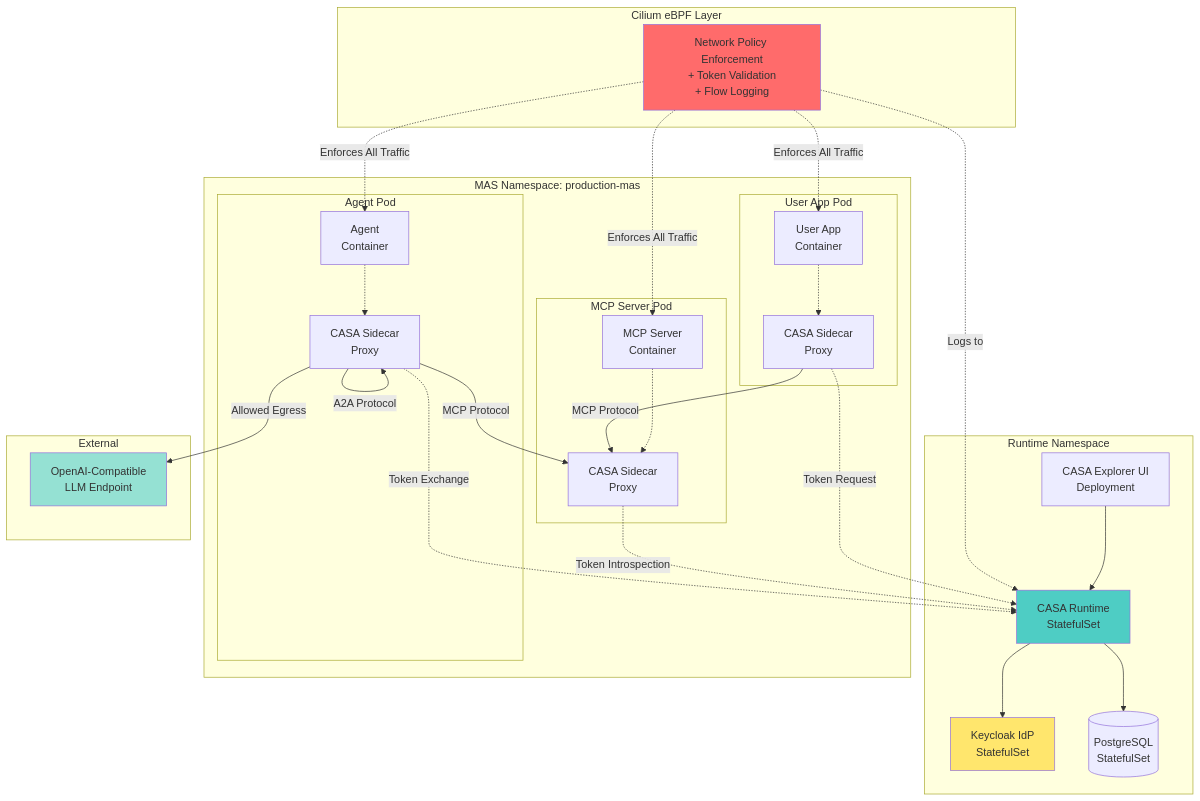
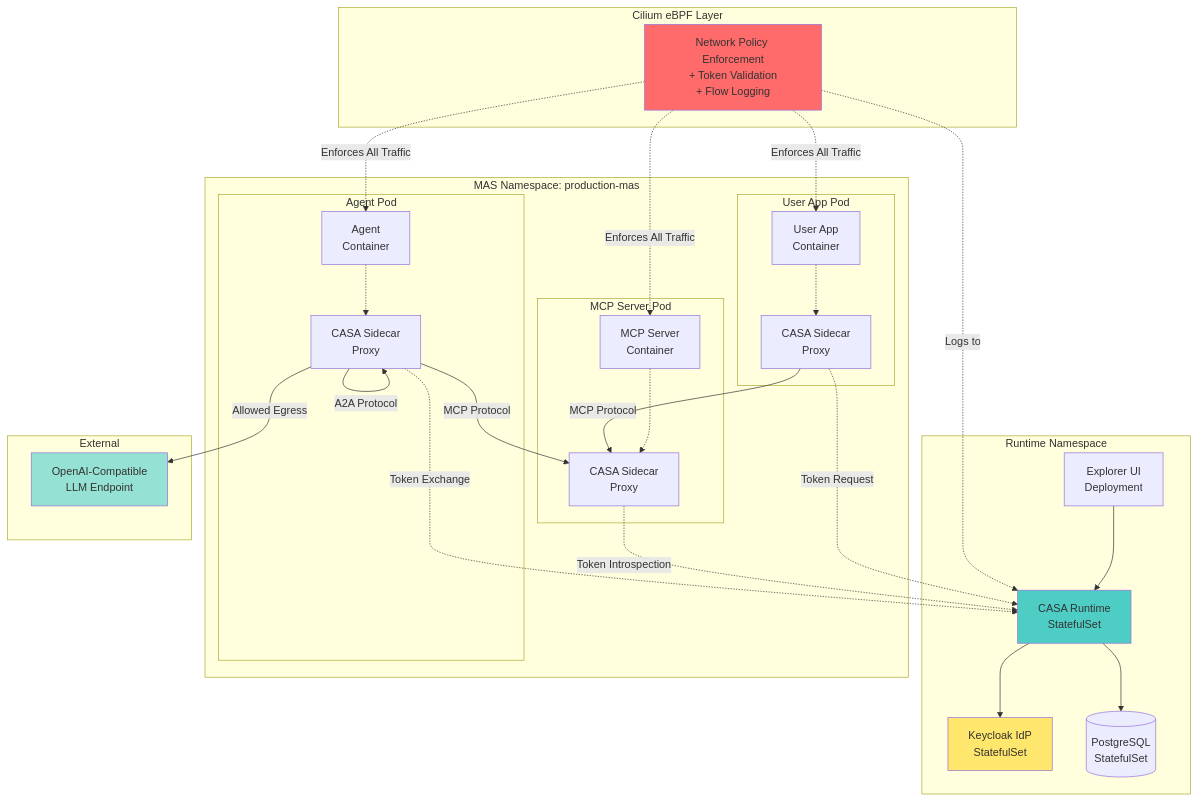
Before and after one commit to outshift-open/CASA: the first of 16 diagrams in docs/dev/specs/SPECS.md, drawn with Mermaid. The commit also changed 20 other files, not shown here.

````diff
--- a/docs/dev/specs/SPECS.md
+++ b/docs/dev/specs/SPECS.md
@@ -85,61 +85,61 @@
 ```mermaid
 graph TB
     subgraph "Runtime Namespace"
         CASA[CASA Runtime<br/>StatefulSet]
         KC[Keycloak IdP<br/>StatefulSet]
         PG[(PostgreSQL<br/>StatefulSet)]
-        UI[CASA Explorer UI<br/>Deployment]
+        UI[Explorer UI<br/>Deployment]
 
         CASA --> KC
         CASA --> PG
         UI --> CASA
     end
 
     subgraph "MAS Namespace: production-mas"
         subgraph "User App Pod"
             UA[User App<br/>Container]
             UAS[CASA Sidecar<br/>Proxy]
             UA -.-> UAS
         end
 
         subgraph "Agent Pod"
             AG[Agent<br/>Container]
             AGS[CASA Sidecar<br/>Proxy]
             AG -.-> AGS
         end
 
         subgraph "MCP Server Pod"
             MCP[MCP Server<br/>Container]
             MCPS[CASA Sidecar<br/>Proxy]
             MCP -.-> MCPS
         end
 
         UAS -->|MCP Protocol| MCPS
         AGS -->|A2A Protocol| AGS
         AGS -->|MCP Protocol| MCPS
     end
 
     subgraph "External"
         LLM[OpenAI-Compatible<br/>LLM Endpoint]
     end
 
     subgraph "Cilium eBPF Layer"
         EBPF[Network Policy Enforcement<br/>+ Token Validation<br/>+ Flow Logging]
     end
 
     UAS -.->|Token Request| CASA
     AGS -.->|Token Exchange| CASA
     MCPS -.->|Token Introspection| CASA
 
     AGS -->|Allowed Egress| LLM
 
     EBPF -.->|Enforces All Traffic| UA
     EBPF -.->|Enforces All Traffic| AG
     EBPF -.->|Enforces All Traffic| MCP
     EBPF -.->|Logs to| CASA
 
     style EBPF fill:#ff6b6b
     style CASA fill:#4ecdc4
     style KC fill:#ffe66d
     style LLM fill:#95e1d3
 ```
````
